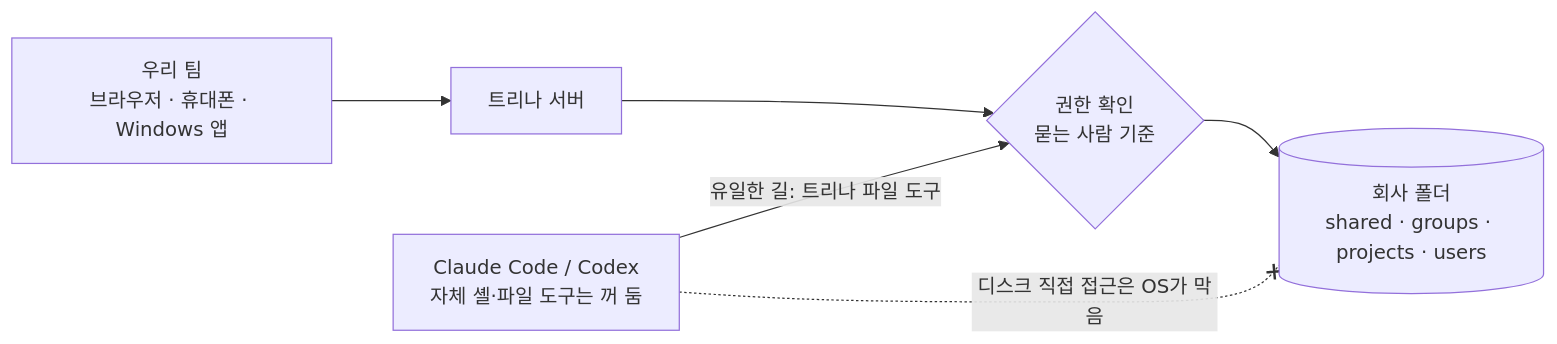
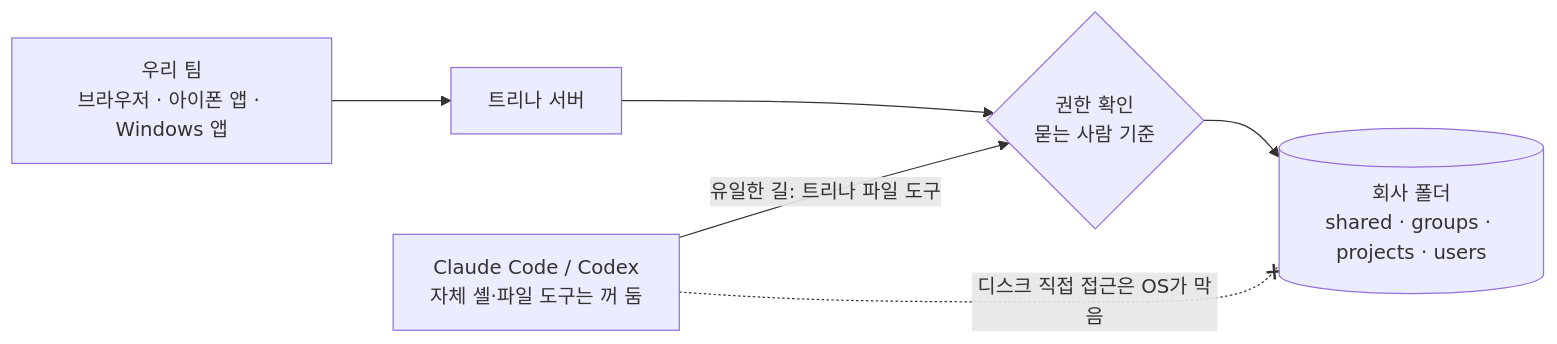
One commit to trina-app/trina-ax changed the diagram in README.ko.md. Above: the diagram before and after it, drawn with Mermaid. The commit also changed other lines of this file and 9 other files, not shown here.

````diff
--- a/README.ko.md
+++ b/README.ko.md
@@ -69,8 +95,8 @@
 ```mermaid
 flowchart LR
-  P["우리 팀<br/>브라우저 · 휴대폰 · Windows 앱"] --> S["트리나 서버"]
+  P["우리 팀<br/>브라우저 · 아이폰 앱 · Windows 앱"] --> S["트리나 서버"]
   E["Claude Code / Codex<br/>자체 셸·파일 도구는 꺼 둠"] -->|"유일한 길: 트리나 파일 도구"| C{"권한 확인<br/>묻는 사람 기준"}
   S --> C
   C --> D[("회사 폴더<br/>shared · groups · projects · users")]
   E -. "디스크 직접 접근은 OS가 막음" .-x D
 ```
````
